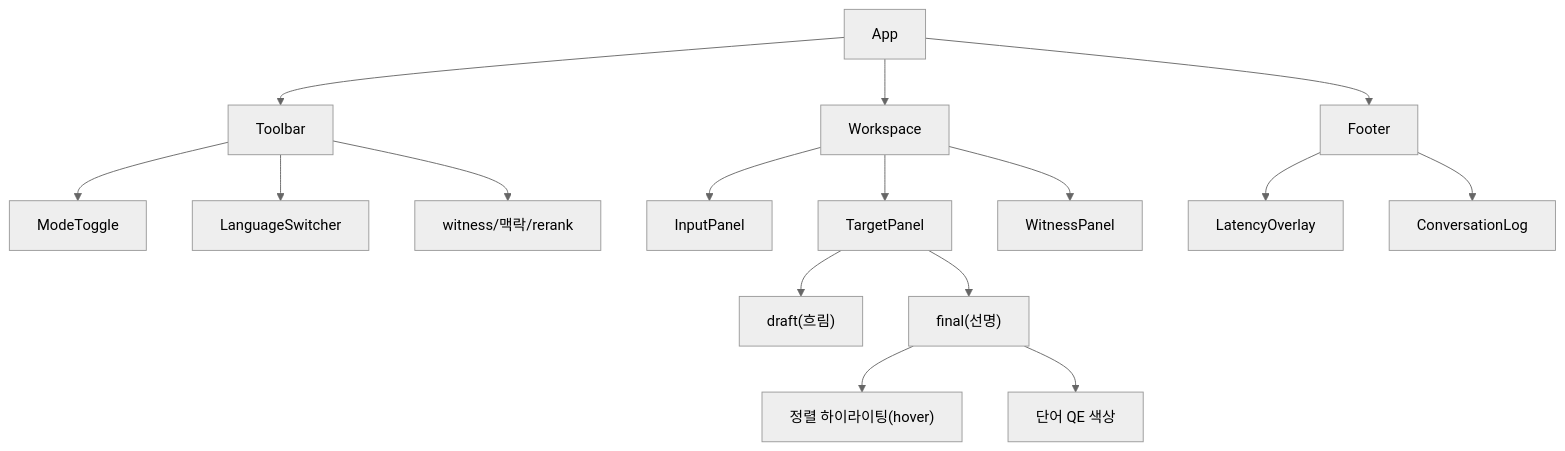
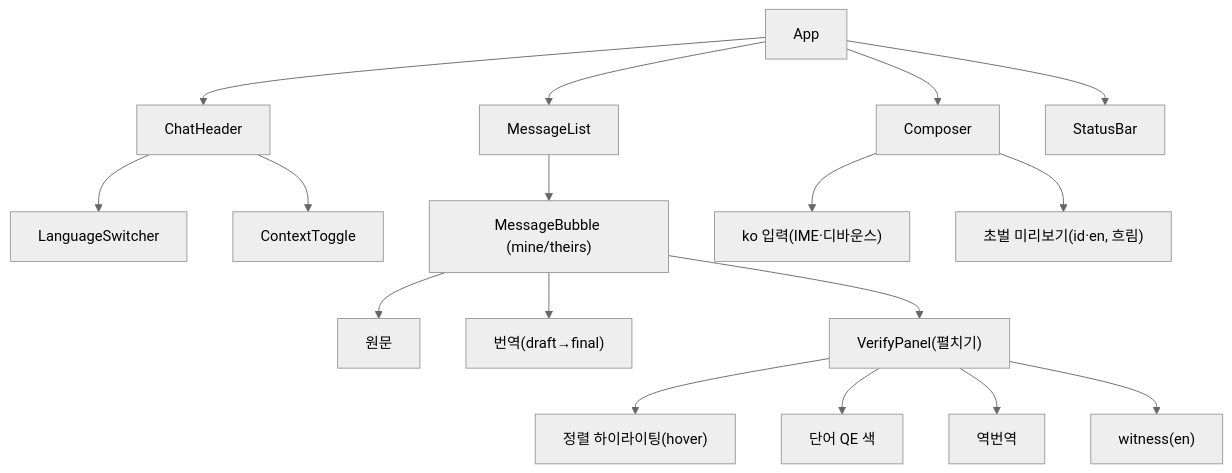
One commit to MR-INHA-LLM/live-translate changed the diagram in docs/frontend-architecture.md. Above: the diagram before and after it, drawn with Mermaid (neutral theme). The commit also changed other lines of this file and 1 other file, not shown here.

First line of the commit message:
docs+app: FE를 채팅 UI 기본으로 재설계 + tgt==src 거부 제거

````diff
--- a/docs/frontend-architecture.md
+++ b/docs/frontend-architecture.md
@@ -39,11 +53,9 @@
 ```mermaid
 flowchart TB
-  App --> Toolbar
-  App --> Workspace
-  App --> Footer
-  Toolbar --> ModeToggle & LanguageSwitcher & Toggles["witness/맥락/rerank"]
-  Workspace --> InputPanel & TargetPanel & WitnessPanel
-  Footer --> LatencyOverlay & ConversationLog
-  TargetPanel --> RenderBlock1["draft(흐림)"] & RenderBlock2["final(선명)"]
-  RenderBlock2 --> AlignmentView["정렬 하이라이팅(hover)"] & QEColor["단어 QE 색상"]
+  App --> ChatHeader & MessageList & Composer & StatusBar
+  ChatHeader --> LanguageSwitcher & ContextToggle
+  MessageList --> Bubble["MessageBubble (mine/theirs)"]
+  Bubble --> Original["원문"] & Translation["번역(draft→final)"] & Verify["VerifyPanel(펼치기)"]
+  Verify --> AlignmentView["정렬 하이라이팅(hover)"] & QEColor["단어 QE 색"] & BackTrans["역번역"] & Witness["witness(en)"]
+  Composer --> InputArea["ko 입력(IME·디바운스)"] & DraftPreview["초벌 미리보기(id·en, 흐림)"]
 ```
````
